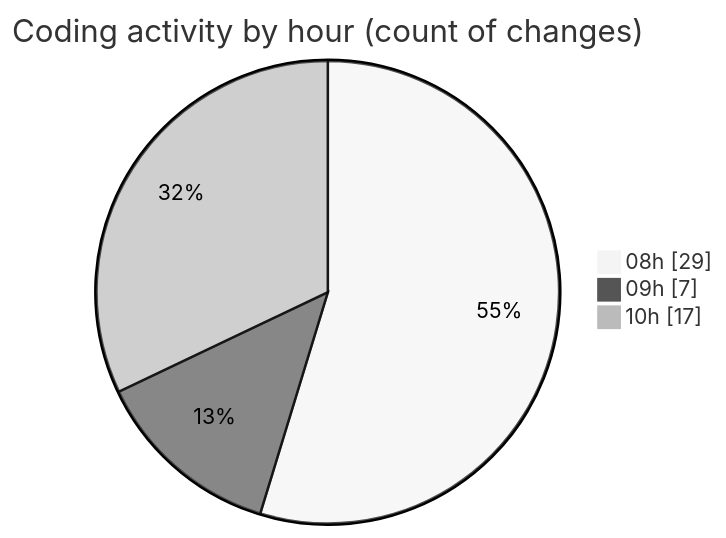
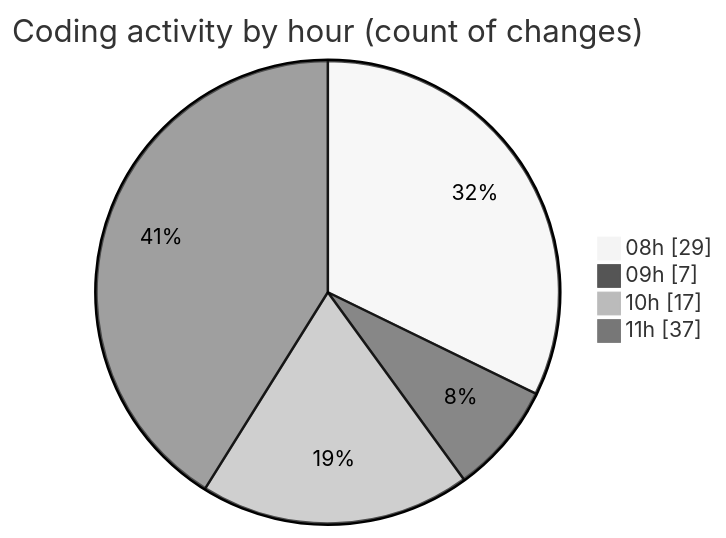
One commit to momahboobian/code-tracking changed the second of 2 diagrams in 2025-04-09/cda/README.md. Above: the diagram before and after it, drawn with Mermaid (neutral theme). The commit also changed other lines of this file and 1 other file, not shown here.

````diff
--- a/2025-04-09/cda/README.md
+++ b/2025-04-09/cda/README.md
@@ -41,7 +50,8 @@
 ```mermaid
 pie showData
 title Coding activity by hour (count of changes)
 "08h" : 29
 "09h" : 7
 "10h" : 17
+"11h" : 37
 ```
````
